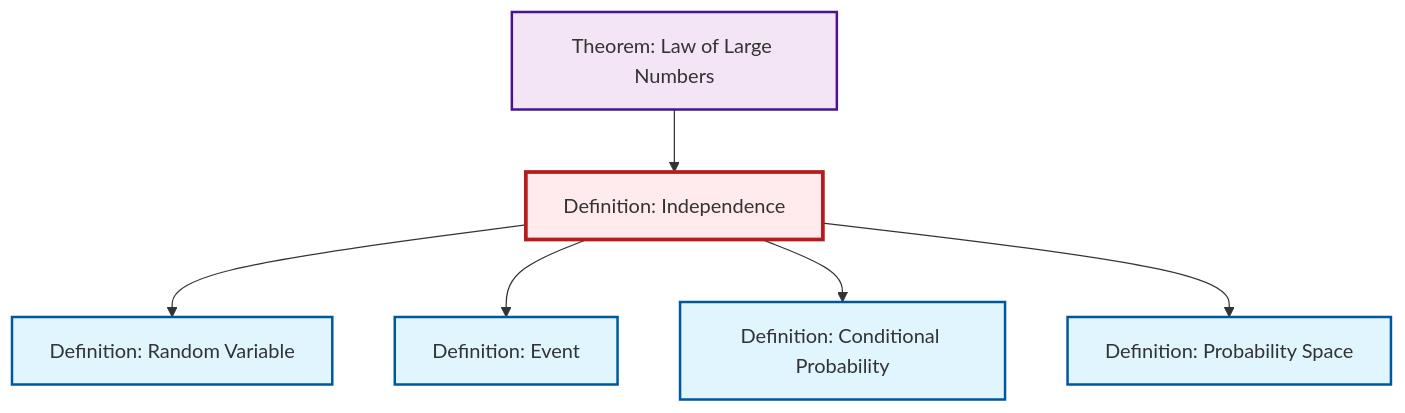
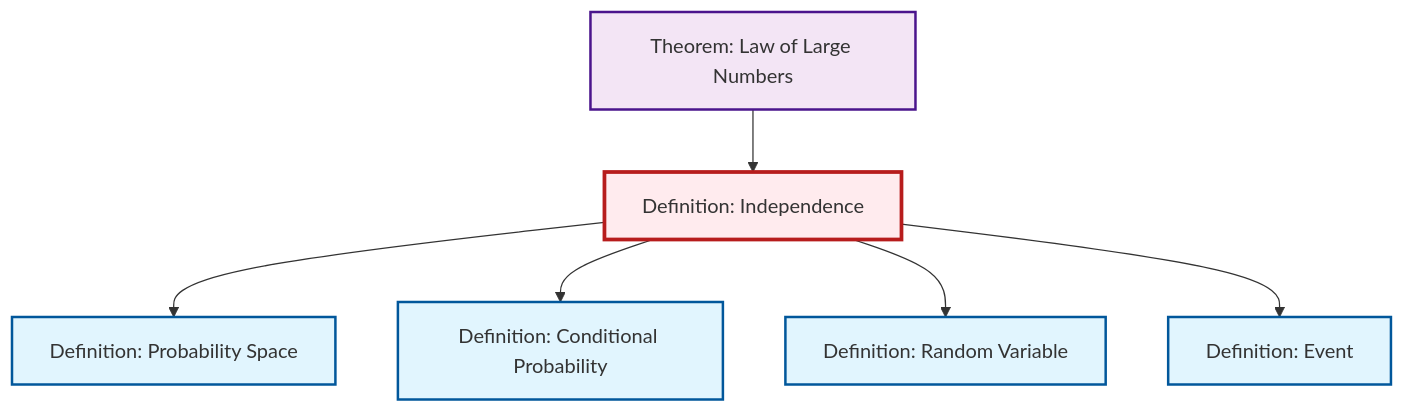
The diagram in content/ja/probability-statistics/def-independence.qmd (RK0429/ModernMath), drawn with Mermaid before and after one commit. The commit also changed other lines of this file and 615 other files, not shown here.

````diff
--- a/content/ja/probability-statistics/def-independence.qmd
+++ b/content/ja/probability-statistics/def-independence.qmd
@@ -114,26 +114,26 @@
 ```{mermaid}
 %%| fig-cap: "Local dependency graph"
 graph TD
     classDef definition fill:#e1f5fe,stroke:#01579b,stroke-width:2px
     classDef theorem fill:#f3e5f5,stroke:#4a148c,stroke-width:2px
     classDef axiom fill:#fff3e0,stroke:#e65100,stroke-width:2px
     classDef example fill:#e8f5e9,stroke:#1b5e20,stroke-width:2px
     classDef current fill:#ffebee,stroke:#b71c1c,stroke-width:3px
+    def-independence["Definition: Independence"]:::definition
+    def-probability-space["Definition: Probability Space"]:::definition
+    def-random-variable["Definition: Random Variable"]:::definition
     thm-law-of-large-numbers["Theorem: Law of Large Numbers"]:::theorem
-    def-random-variable["Definition: Random Variable"]:::definition
     def-event["Definition: Event"]:::definition
-    def-probability-space["Definition: Probability Space"]:::definition
     def-conditional-probability["Definition: Conditional Probability"]:::definition
-    def-independence["Definition: Independence"]:::definition
+    def-independence --> def-probability-space
+    def-independence --> def-conditional-probability
+    def-independence --> def-random-variable
     thm-law-of-large-numbers --> def-independence
-    def-independence --> def-random-variable
     def-independence --> def-event
-    def-independence --> def-conditional-probability
-    def-independence --> def-probability-space
     class def-independence current
+    click def-probability-space "def-probability-space.html" "Definition: Probability Spaceへ"
+    click def-random-variable "def-random-variable.html" "Definition: Random Variableへ"
     click thm-law-of-large-numbers "thm-law-of-large-numbers.html" "Theorem: Law of Large Numbersへ"
-    click def-random-variable "def-random-variable.html" "Definition: Random Variableへ"
     click def-event "def-event.html" "Definition: Eventへ"
-    click def-probability-space "def-probability-space.html" "Definition: Probability Spaceへ"
     click def-conditional-probability "def-conditional-probability.html" "Definition: Conditional Probabilityへ"
 ```
````
